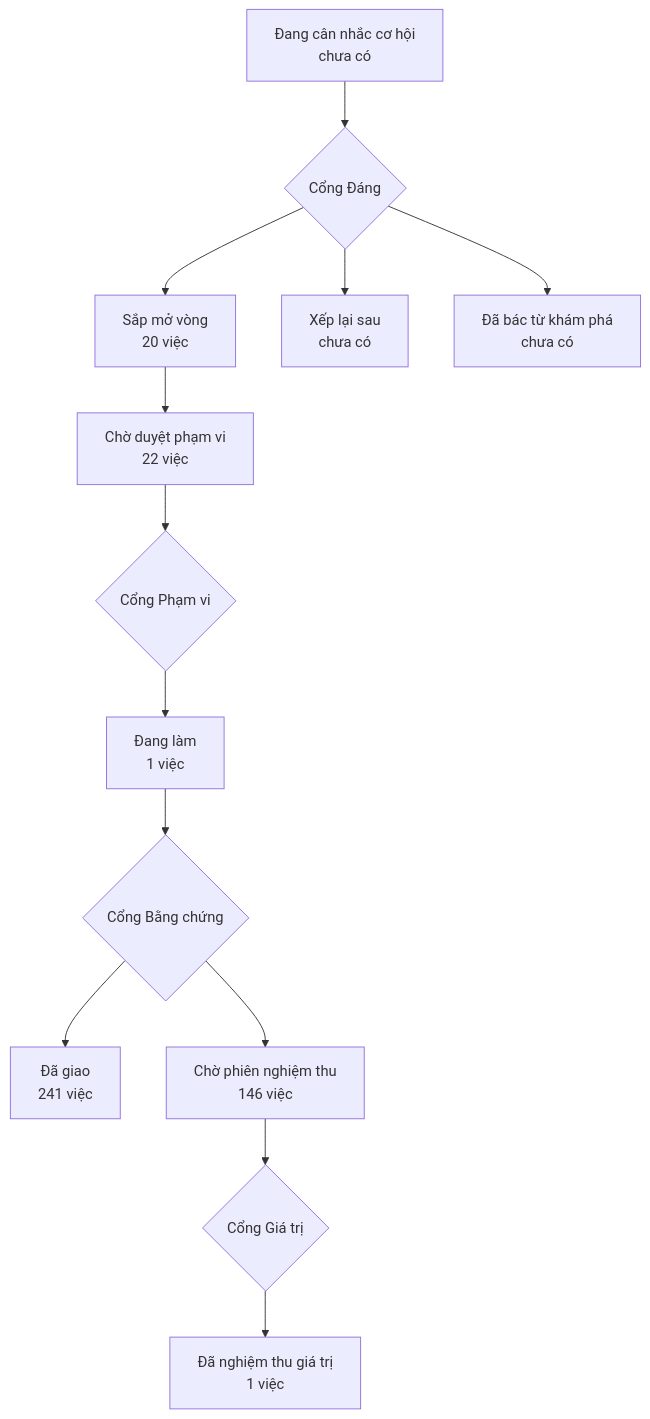
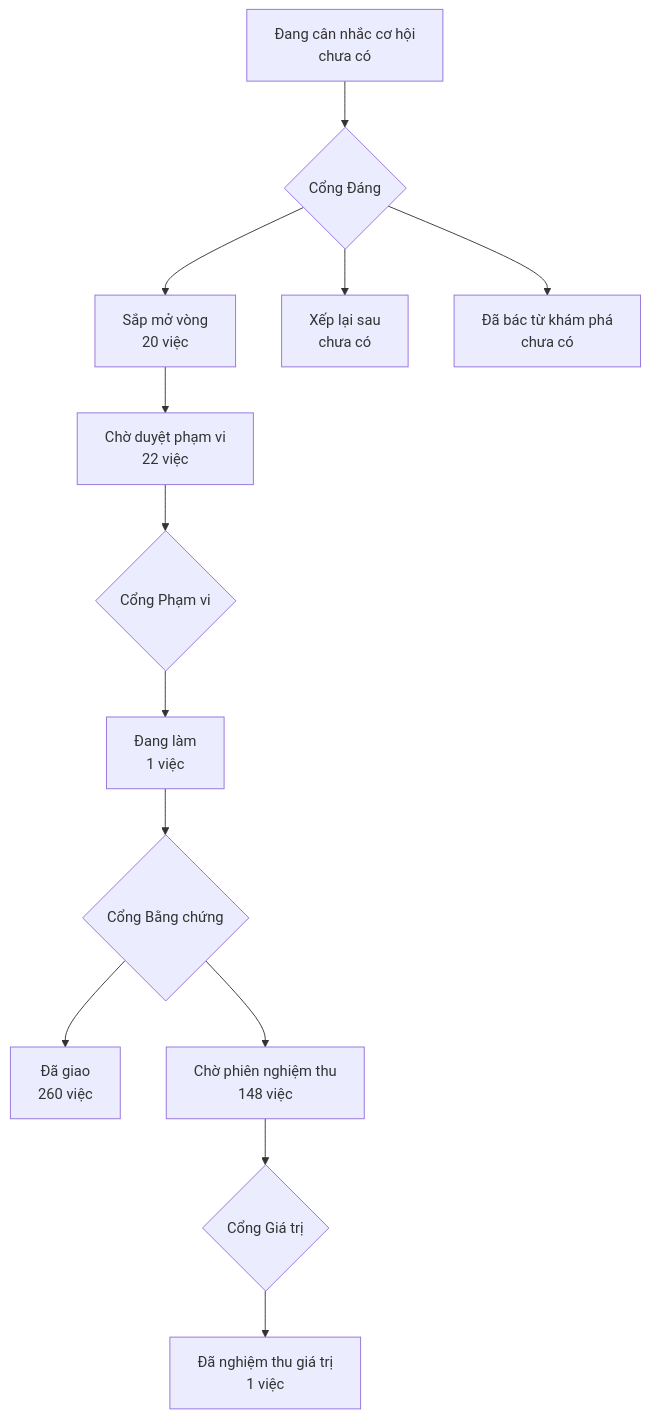
Before and after one commit to phanlemanh/onehub-invest: the diagram in PRODUCT-MAP.md, drawn with Mermaid. The commit also changed other lines of this file and 1 other file, not shown here.

````diff
--- a/PRODUCT-MAP.md
+++ b/PRODUCT-MAP.md
@@ -7,12 +7,12 @@
 ```mermaid
 flowchart TD
   A["Đang cân nhắc cơ hội<br/>chưa có"] --> GD{"Cổng Đáng"}
   GD --> B["Sắp mở vòng<br/>20 việc"]
   GD --> XL["Xếp lại sau<br/>chưa có"]
   GD --> DB["Đã bác từ khám phá<br/>chưa có"]
   B --> CD["Chờ duyệt phạm vi<br/>22 việc"] --> GP{"Cổng Phạm vi"}
   GP --> DL["Đang làm<br/>1 việc"] --> GB{"Cổng Bằng chứng"}
-  GB --> DG["Đã giao<br/>241 việc"]
-  GB --> CN["Chờ phiên nghiệm thu<br/>146 việc"] --> GG{"Cổng Giá trị"}
+  GB --> DG["Đã giao<br/>260 việc"]
+  GB --> CN["Chờ phiên nghiệm thu<br/>148 việc"] --> GG{"Cổng Giá trị"}
   GG --> NT["Đã nghiệm thu giá trị<br/>1 việc"]
 ```
````
